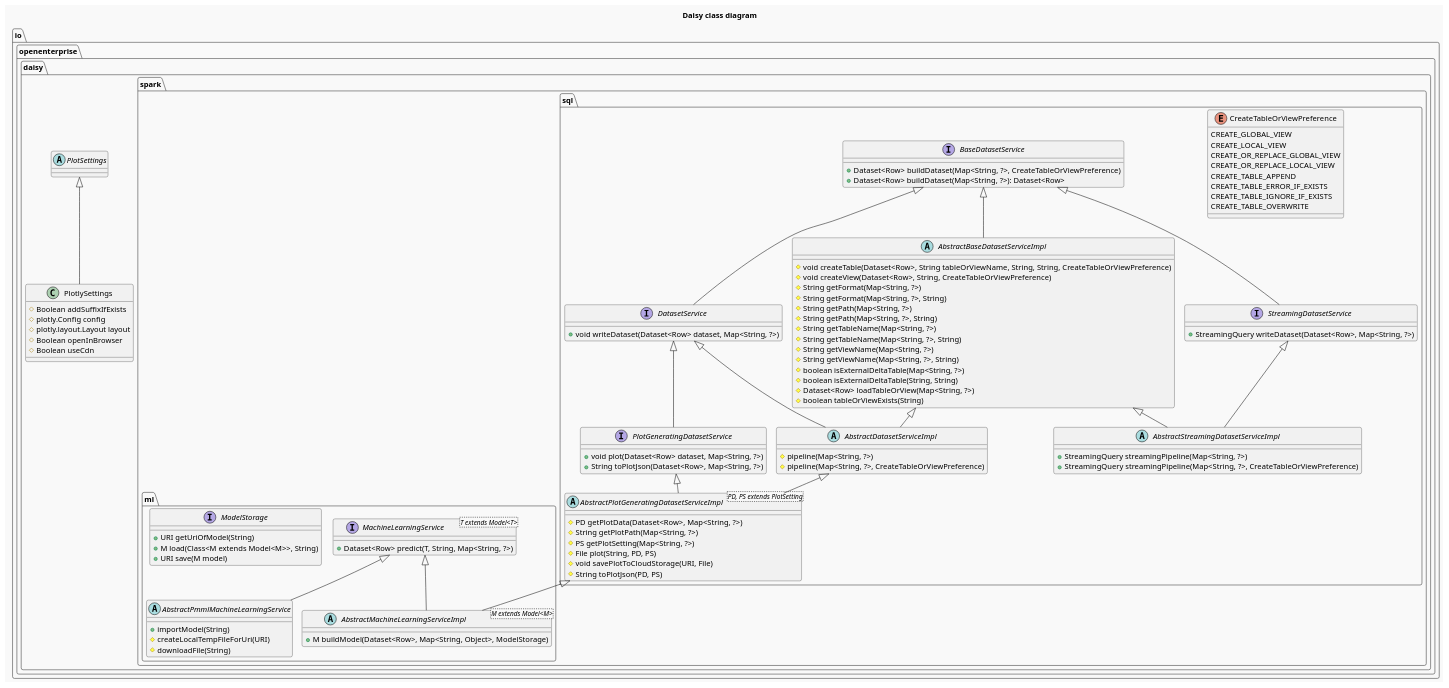
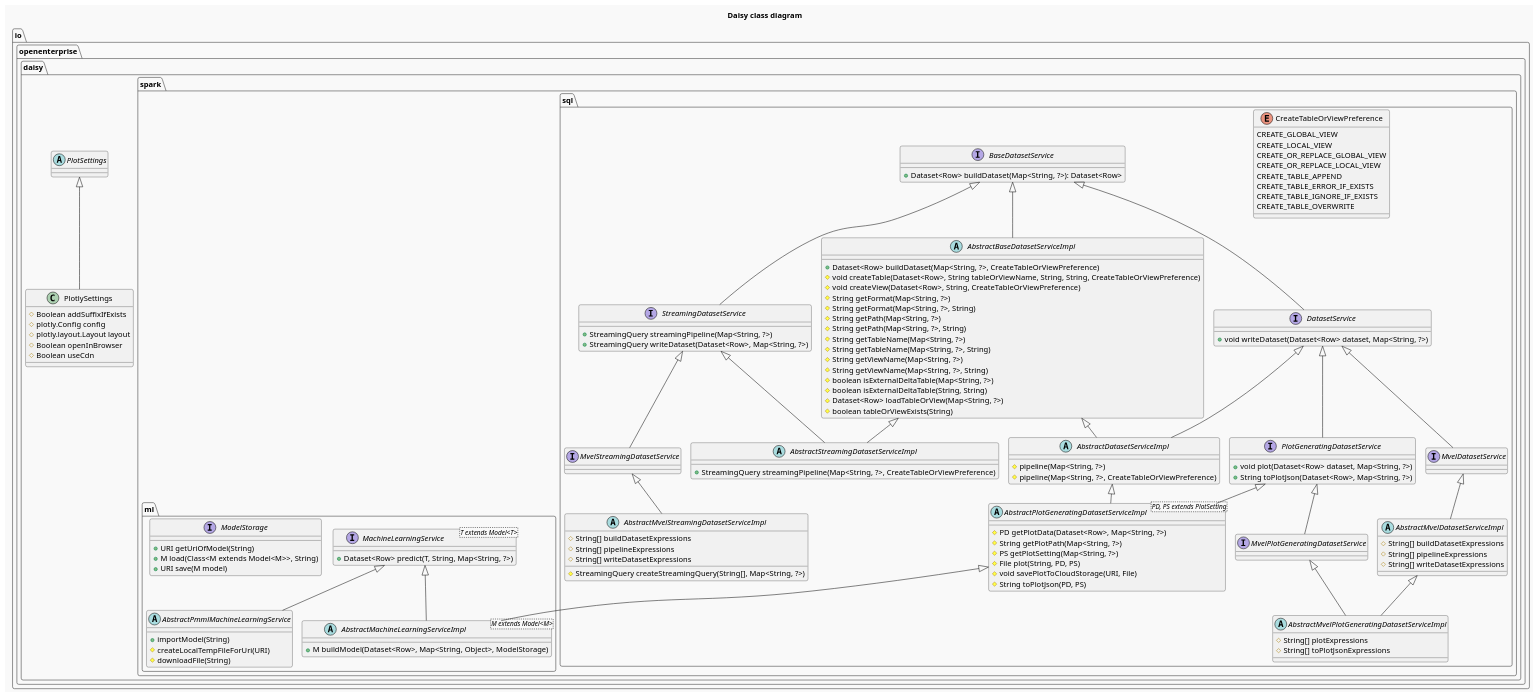
The diagram in docs/daisy_class_diagram.puml (Stiggy-C/daisy), drawn with PlantUML before and after one commit. The commit also changed 34 other files, not shown here.

```diff
--- a/docs/daisy_class_diagram.puml
+++ b/docs/daisy_class_diagram.puml
@@ -1,136 +1,169 @@
 @startuml
 'https://plantuml.com/class-diagram
 
 !pragma layout smetana
 !theme mars
 
 skinparam groupInheritance 1
 
 title "Daisy class diagram"
 
 package "io.openenterprise.daisy" {
 
     abstract class PlotSettings {}
 
     class PlotlySettings {
         #Boolean addSuffixIfExists
         #plotly.Config config
         #plotly.layout.Layout layout
         #Boolean openInBrowser
         #Boolean useCdn
     }
 
     PlotSettings <|-- PlotlySettings
 }
 
 package "io.openenterprise.daisy.spark.sql" {
 
     enum CreateTableOrViewPreference {
         CREATE_GLOBAL_VIEW
         CREATE_LOCAL_VIEW
         CREATE_OR_REPLACE_GLOBAL_VIEW
         CREATE_OR_REPLACE_LOCAL_VIEW
         CREATE_TABLE_APPEND
         CREATE_TABLE_ERROR_IF_EXISTS
         CREATE_TABLE_IGNORE_IF_EXISTS
         CREATE_TABLE_OVERWRITE
     }
 
     interface BaseDatasetService {
-        +Dataset<Row> buildDataset(Map<String, ?>, CreateTableOrViewPreference)
         +Dataset<Row> buildDataset(Map<String, ?>): Dataset<Row>
     }
 
     interface DatasetService {
         +void writeDataset(Dataset<Row> dataset, Map<String, ?>)
     }
 
+    interface MvelDatasetService {}
+
     interface PlotGeneratingDatasetService {
         +void plot(Dataset<Row> dataset, Map<String, ?>)
         +String toPlotJson(Dataset<Row>, Map<String, ?>)
     }
 
+    interface MvelPlotGeneratingDatasetService {}
+
     interface StreamingDatasetService {
+        +StreamingQuery streamingPipeline(Map<String, ?>)
         +StreamingQuery writeDataset(Dataset<Row>, Map<String, ?>)
     }
 
+    interface MvelStreamingDatasetService {}
+
     BaseDatasetService <|-- DatasetService
     BaseDatasetService <|-- StreamingDatasetService
+    DatasetService <|-- MvelDatasetService
     DatasetService <|-- PlotGeneratingDatasetService
+    PlotGeneratingDatasetService <|-- MvelPlotGeneratingDatasetService
+    StreamingDatasetService <|-- MvelStreamingDatasetService
 
     abstract class AbstractBaseDatasetServiceImpl {
+        +Dataset<Row> buildDataset(Map<String, ?>, CreateTableOrViewPreference)
         #void createTable(Dataset<Row>, String tableOrViewName, String, String, CreateTableOrViewPreference)
         #void createView(Dataset<Row>, String, CreateTableOrViewPreference)
         #String getFormat(Map<String, ?>)
         #String getFormat(Map<String, ?>, String)
         #String getPath(Map<String, ?>)
         #String getPath(Map<String, ?>, String)
         #String getTableName(Map<String, ?>)
         #String getTableName(Map<String, ?>, String)
         #String getViewName(Map<String, ?>)
         #String getViewName(Map<String, ?>, String)
         #boolean isExternalDeltaTable(Map<String, ?>)
         #boolean isExternalDeltaTable(String, String)
         #Dataset<Row> loadTableOrView(Map<String, ?>)
         #boolean tableOrViewExists(String)
     }
 
     BaseDatasetService <|-- AbstractBaseDatasetServiceImpl
 
     abstract class AbstractDatasetServiceImpl {
         #pipeline(Map<String, ?>)
         #pipeline(Map<String, ?>, CreateTableOrViewPreference)
     }
 
     AbstractBaseDatasetServiceImpl <|-- AbstractDatasetServiceImpl
     DatasetService <|-- AbstractDatasetServiceImpl
 
+    abstract class AbstractMvelDatasetServiceImpl {
+        #String[] buildDatasetExpressions
+        #String[] pipelineExpressions
+        #String[] writeDatasetExpressions
+    }
+
+    MvelDatasetService <|-- AbstractMvelDatasetServiceImpl
+
+    abstract class AbstractMvelPlotGeneratingDatasetServiceImpl {
+        #String[] plotExpressions
+        #String[] toPlotJsonExpressions
+    }
+
+    AbstractMvelDatasetServiceImpl <|-- AbstractMvelPlotGeneratingDatasetServiceImpl
+    MvelPlotGeneratingDatasetService <|-- AbstractMvelPlotGeneratingDatasetServiceImpl
+
     abstract class AbstractPlotGeneratingDatasetServiceImpl<PD, PS extends PlotSetting> {
         #PD getPlotData(Dataset<Row>, Map<String, ?>)
         #String getPlotPath(Map<String, ?>)
         #PS getPlotSetting(Map<String, ?>)
         #File plot(String, PD, PS)
         #void savePlotToCloudStorage(URI, File)
         #String toPlotJson(PD, PS)
     }
 
     AbstractDatasetServiceImpl <|-- AbstractPlotGeneratingDatasetServiceImpl
     PlotGeneratingDatasetService <|-- AbstractPlotGeneratingDatasetServiceImpl
 
     abstract class AbstractStreamingDatasetServiceImpl {
-        +StreamingQuery streamingPipeline(Map<String, ?>)
         +StreamingQuery streamingPipeline(Map<String, ?>, CreateTableOrViewPreference)
     }
 
     AbstractBaseDatasetServiceImpl <|-- AbstractStreamingDatasetServiceImpl
     StreamingDatasetService <|-- AbstractStreamingDatasetServiceImpl
 
+    abstract class AbstractMvelStreamingDatasetServiceImpl {
+        #String[] buildDatasetExpressions
+        #String[] pipelineExpressions
+        #String[] writeDatasetExpressions
+        #StreamingQuery createStreamingQuery(String[], Map<String, ?>)
+    }
+
+    MvelStreamingDatasetService <|-- AbstractMvelStreamingDatasetServiceImpl
 }
 package "io.openenterprise.daisy.spark.ml" {
 
     interface MachineLearningService<T extends Model<T>> {
         +Dataset<Row> predict(T, String, Map<String, ?>)
     }
 
     abstract class AbstractMachineLearningServiceImpl<M extends Model<M>> {
         +M buildModel(Dataset<Row>, Map<String, Object>, ModelStorage)
     }
 
     abstract class AbstractPmmlMachineLearningService {
         +importModel(String)
         #createLocalTempFileForUri(URI)
         #downloadFile(String)
     }
 
     interface ModelStorage {
         +URI getUriOfModel(String)
         +M load(Class<M extends Model<M>>, String)
         +URI save(M model)
     }
 
     MachineLearningService <|-- AbstractMachineLearningServiceImpl
     AbstractPlotGeneratingDatasetServiceImpl <|-- AbstractMachineLearningServiceImpl
     MachineLearningService <|-- AbstractPmmlMachineLearningService
 }
 
 @enduml
```
